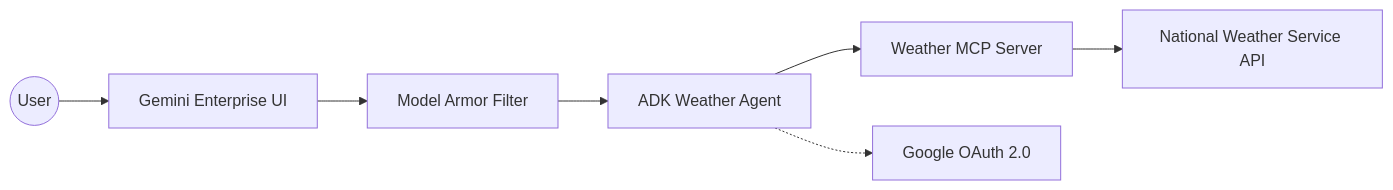
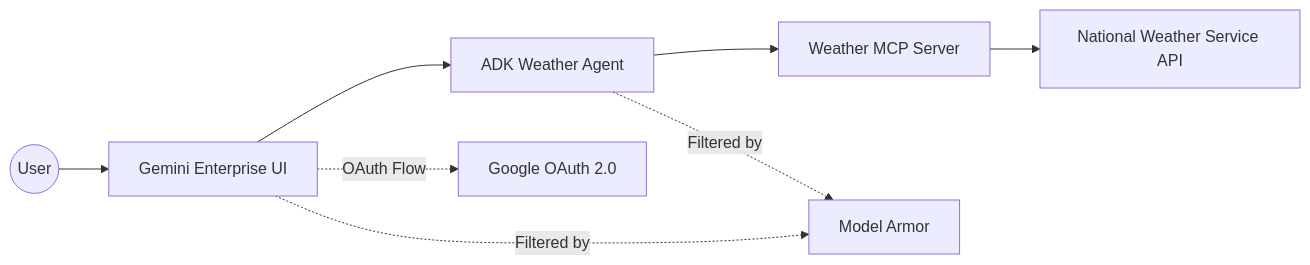
The first of 3 diagrams in docs/design document.md (wadave/agent-solution-ops), drawn with Mermaid before and after one commit. The commit also changed other lines of this file, not shown here.

````diff
--- a/docs/design document.md
+++ b/docs/design document.md
@@ -28,9 +28,10 @@
   ```mermaid
   graph LR
       User((User)) --> GE[Gemini Enterprise UI]
-      GE --> MA[Model Armor Filter]
-      MA --> Agent[ADK Weather Agent]
+      GE --> Agent[ADK Weather Agent]
       Agent --> MCP[Weather MCP Server]
       MCP --> NWS[National Weather Service API]
-      Agent -.-> OAuth[Google OAuth 2.0]
+      GE -.->|OAuth Flow| OAuth[Google OAuth 2.0]
+      GE -.->|Filtered by| MA[Model Armor]
+      Agent -.->|Filtered by| MA
   ```
````
